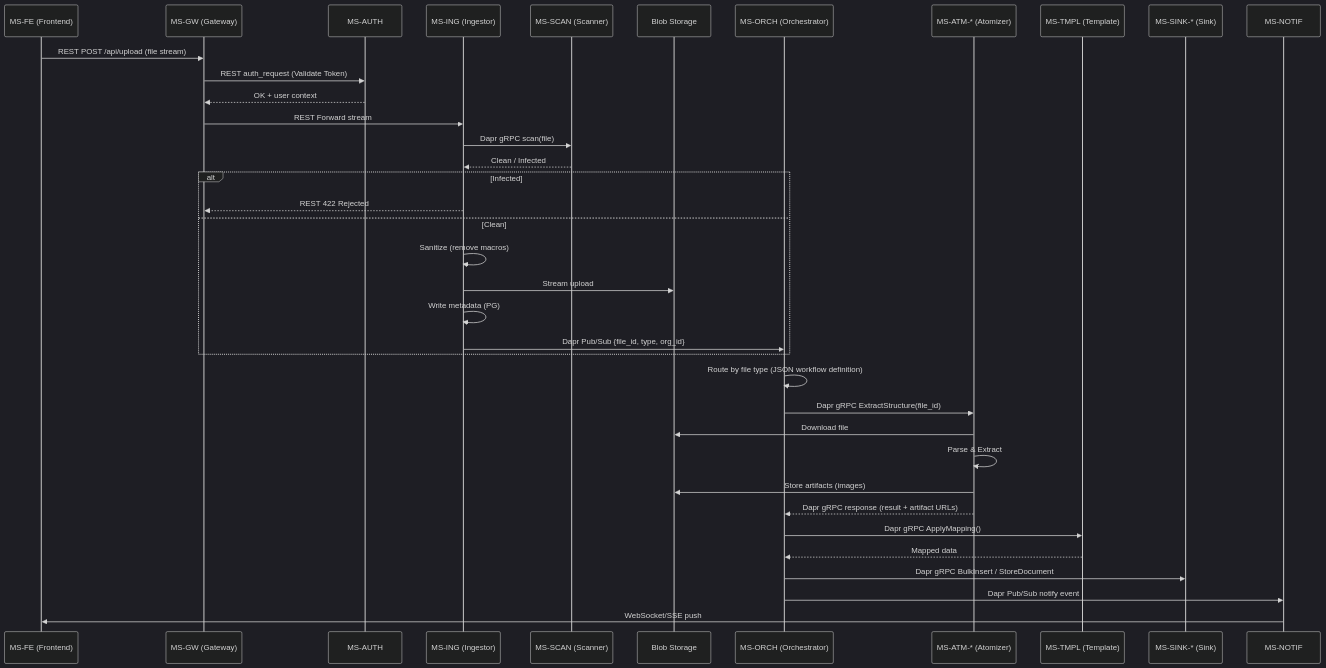
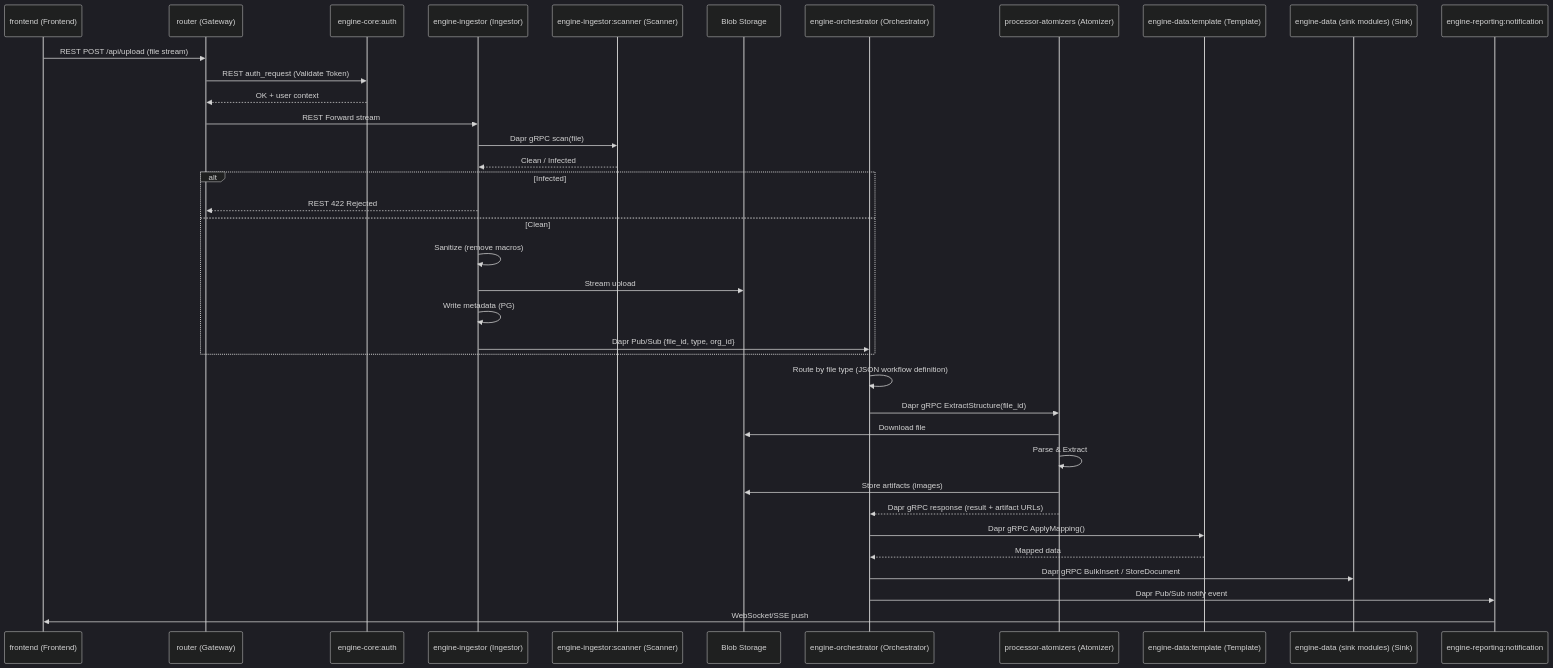
One commit to JanBartyzal/ReportAutomatization changed the third of 7 diagrams in docs/microservices_decomposition.md. Above: the diagram before and after it, drawn with Mermaid (dark theme). The commit also changed other lines of this file and 149 other files, not shown here.

````diff
--- a/docs/microservices_decomposition.md
+++ b/docs/microservices_decomposition.md
@@ -139,43 +139,43 @@
 ```mermaid
 sequenceDiagram
-    participant User as MS-FE (Frontend)
-    participant GW as MS-GW (Gateway)
-    participant AUTH as MS-AUTH
-    participant ING as MS-ING (Ingestor)
-    participant SCAN as MS-SCAN (Scanner)
+    participant User as frontend (Frontend)
+    participant GW as router (Gateway)
+    participant AUTH as engine-core:auth
+    participant ING as engine-ingestor (Ingestor)
+    participant SCAN as engine-ingestor:scanner (Scanner)
     participant BLOB as Blob Storage
-    participant ORCH as MS-ORCH (Orchestrator)
-    participant ATM as MS-ATM-* (Atomizer)
-    participant TMPL as MS-TMPL (Template)
-    participant SINK as MS-SINK-* (Sink)
-    participant NOTIF as MS-NOTIF
+    participant ORCH as engine-orchestrator (Orchestrator)
+    participant ATM as processor-atomizers (Atomizer)
+    participant TMPL as engine-data:template (Template)
+    participant SINK as engine-data (sink modules) (Sink)
+    participant NOTIF as engine-reporting:notification
 
     User->>GW: REST POST /api/upload (file stream)
     GW->>AUTH: REST auth_request (Validate Token)
     AUTH-->>GW: OK + user context
     GW->>ING: REST Forward stream
     ING->>SCAN: Dapr gRPC scan(file)
     SCAN-->>ING: Clean / Infected
     alt Infected
         ING-->>GW: REST 422 Rejected
     else Clean
         ING->>ING: Sanitize (remove macros)
         ING->>BLOB: Stream upload
         ING->>ING: Write metadata (PG)
         ING->>ORCH: Dapr Pub/Sub {file_id, type, org_id}
     end
 
     ORCH->>ORCH: Route by file type (JSON workflow definition)
     ORCH->>ATM: Dapr gRPC ExtractStructure(file_id)
     ATM->>BLOB: Download file
     ATM->>ATM: Parse & Extract
     ATM->>BLOB: Store artifacts (images)
     ATM-->>ORCH: Dapr gRPC response (result + artifact URLs)
 
     ORCH->>TMPL: Dapr gRPC ApplyMapping()
     TMPL-->>ORCH: Mapped data
 
     ORCH->>SINK: Dapr gRPC BulkInsert / StoreDocument
     ORCH->>NOTIF: Dapr Pub/Sub notify event
     NOTIF->>User: WebSocket/SSE push
 ```
````
